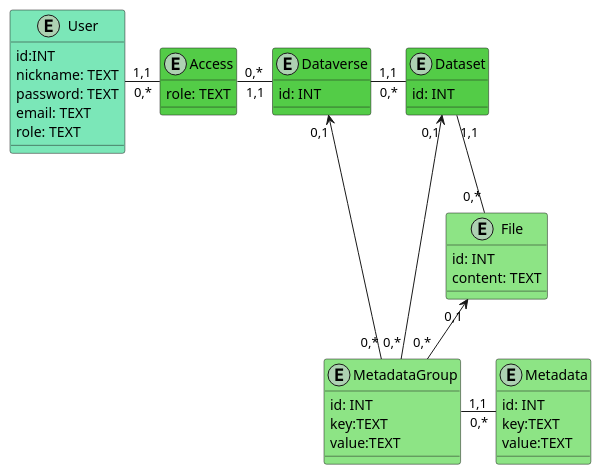
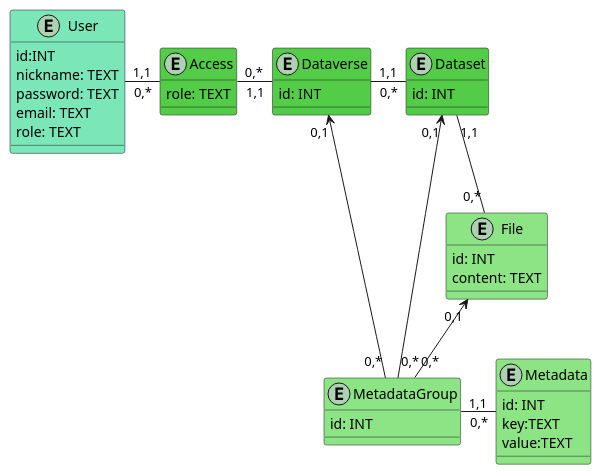
Before and after one commit to boldak/database_basics_template: the diagram in src/uml/ER_2.puml, drawn with PlantUML.

```diff
--- a/src/uml/ER_2.puml
+++ b/src/uml/ER_2.puml
@@ -1,57 +1,55 @@
 @startuml
 entity User #7BE7B8 {
     id:INT
     nickname: TEXT
     password: TEXT
     email: TEXT
     role: TEXT
 }
 
 entity Dataverse #53CC47 {
     id: INT
 }
   
 entity Dataset #53CC47 {
     id: INT
 }
 
 
 
 entity Access #53CC47 {
     role: TEXT
 }
 
 
 entity File #8DE485 {
     id: INT
     content: TEXT
 }
 
 
 
 
 entity MetadataGroup #8DE485 {
     id: INT
-    key:TEXT
-    value:TEXT
 }
 
 
 entity Metadata #8DE485 {
     id: INT
     key:TEXT
     value:TEXT
 }
   
 
 Access "0,*"-l-"1,1" User
 Access "0,*"-r-"1,1" Dataverse
 
 Dataverse "1,1"-r- "0,*" Dataset
 Dataset "1,1"--"0,*" File
 File "0,1"<--"0,*" MetadataGroup
 Dataset "0,1"<--"0,*" MetadataGroup
 Dataverse "0,1"<--"0,*" MetadataGroup
 
 Metadata "0,*" -l- "1,1" MetadataGroup
 @enduml
```
